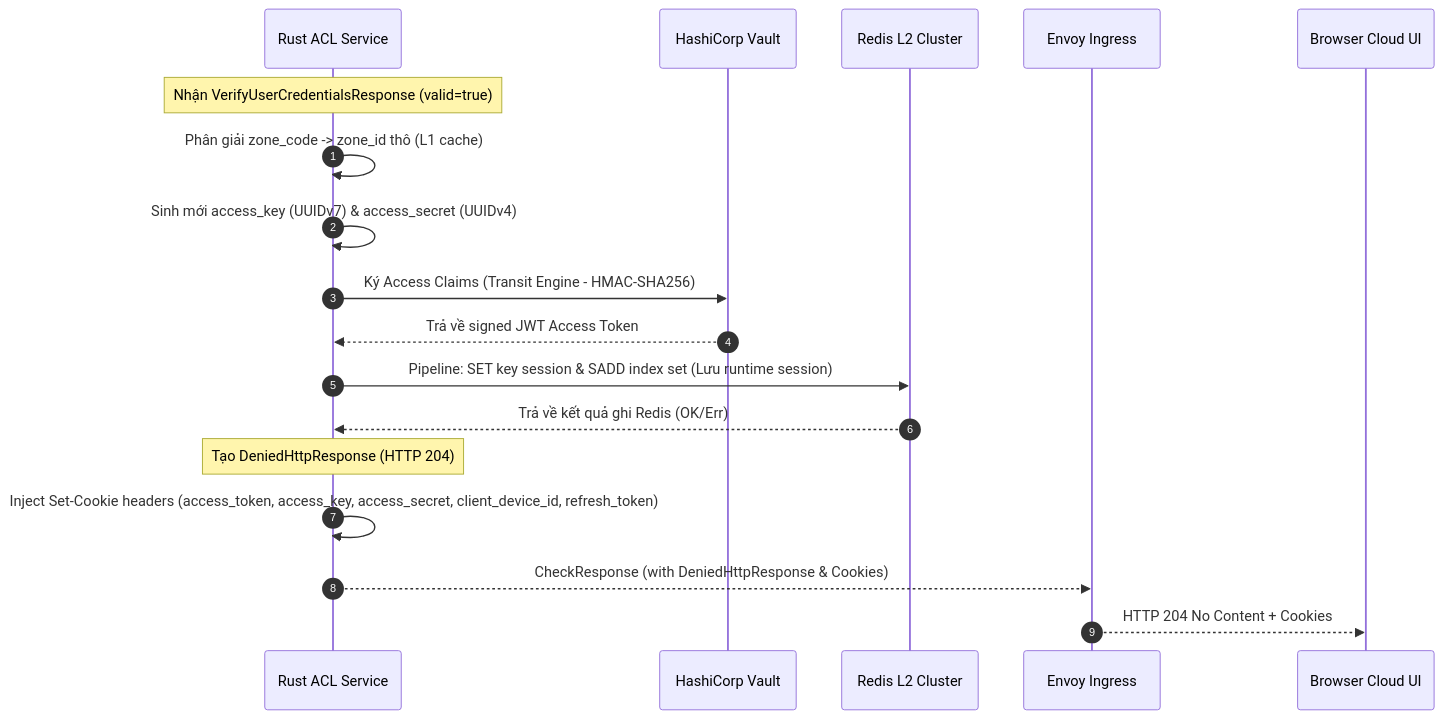
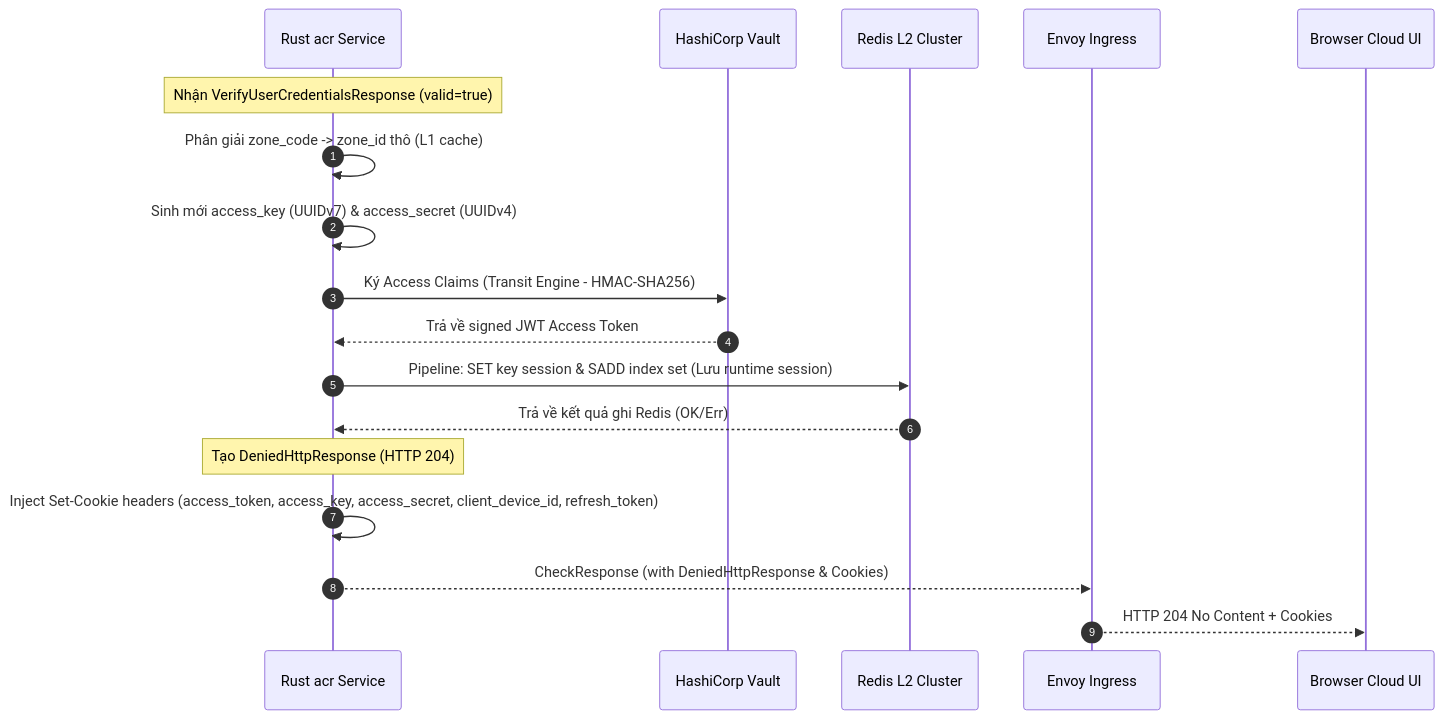
One commit to phucle996/aurora changed the fourth of 6 diagrams in god_view/iam/user_login_god_view_workflow.md. Above: the diagram before and after it, drawn with Mermaid. The commit also changed other lines of this file and 72 other files, not shown here.

Commit message:
refactor: remove policy engine and modularize session management service

````diff
--- a/god_view/iam/user_login_god_view_workflow.md
+++ b/god_view/iam/user_login_god_view_workflow.md
@@ -164,23 +166,23 @@
 ```mermaid
 sequenceDiagram
     autonumber
-    participant ACL as Rust ACL Service
+    participant acr as Rust acr Service
     participant Vault as HashiCorp Vault
     participant RDS as Redis L2 Cluster
     participant Envoy as Envoy Ingress
     participant UI as Browser Cloud UI
 
-    Note over ACL: Nhận VerifyUserCredentialsResponse (valid=true)
-    ACL->>ACL: Phân giải zone_code -> zone_id thô (L1 cache)
-    ACL->>ACL: Sinh mới access_key (UUIDv7) & access_secret (UUIDv4)
-    ACL->>Vault: Ký Access Claims (Transit Engine - HMAC-SHA256)
-    Vault-->>ACL: Trả về signed JWT Access Token
+    Note over acr: Nhận VerifyUserCredentialsResponse (valid=true)
+    acr->>acr: Phân giải zone_code -> zone_id thô (L1 cache)
+    acr->>acr: Sinh mới access_key (UUIDv7) & access_secret (UUIDv4)
+    acr->>Vault: Ký Access Claims (Transit Engine - HMAC-SHA256)
+    Vault-->>acr: Trả về signed JWT Access Token
     
-    ACL->>RDS: Pipeline: SET key session & SADD index set (Lưu runtime session)
-    RDS-->>ACL: Trả về kết quả ghi Redis (OK/Err)
+    acr->>RDS: Pipeline: SET key session & SADD index set (Lưu runtime session)
+    RDS-->>acr: Trả về kết quả ghi Redis (OK/Err)
     
-    Note over ACL: Tạo DeniedHttpResponse (HTTP 204)
-    ACL->>ACL: Inject Set-Cookie headers (access_token, access_key, access_secret, client_device_id, refresh_token)
-    ACL-->>Envoy: CheckResponse (with DeniedHttpResponse & Cookies)
+    Note over acr: Tạo DeniedHttpResponse (HTTP 204)
+    acr->>acr: Inject Set-Cookie headers (access_token, access_key, access_secret, client_device_id, refresh_token)
+    acr-->>Envoy: CheckResponse (with DeniedHttpResponse & Cookies)
     Envoy-->>UI: HTTP 204 No Content + Cookies
 ```
````
